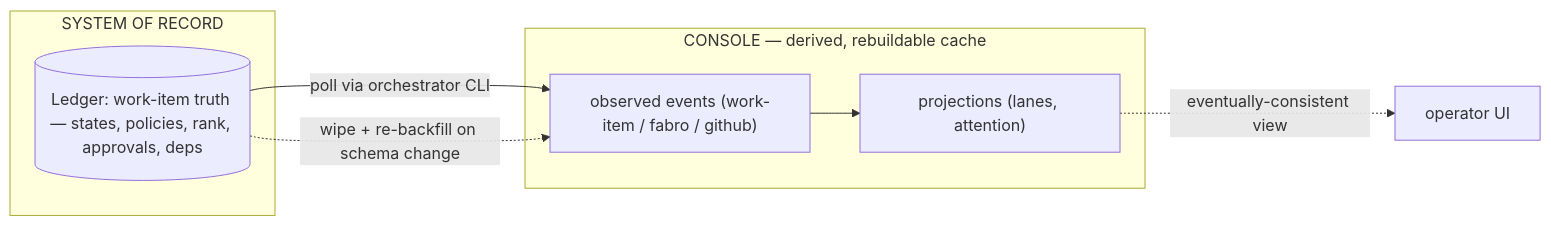
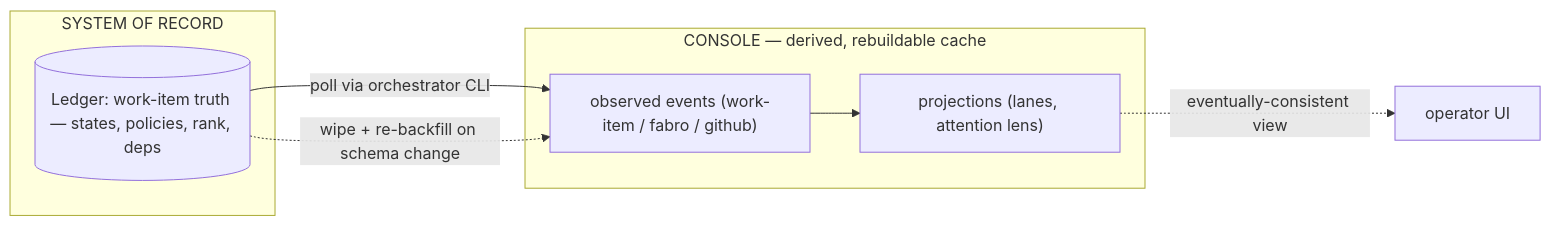
One commit to thewoolleyman/livespec changed the fourth of 4 diagrams in plan/work-item-state-machine/research/02-design.md. Above: the diagram before and after it, drawn with Mermaid. The commit also changed other lines of this file and 1 other file, not shown here.

````diff
--- a/plan/work-item-state-machine/research/02-design.md
+++ b/plan/work-item-state-machine/research/02-design.md
@@ -378,14 +531,14 @@
 ```mermaid
 flowchart LR
   subgraph SoR["SYSTEM OF RECORD"]
-    L[("Ledger: work-item truth — states, policies, rank, approvals, deps")]
+    L[("Ledger: work-item truth — states, policies, rank, deps")]
   end
   subgraph ConsoleES["CONSOLE — derived, rebuildable cache"]
     OBS["observed events (work-item / fabro / github)"]
-    PROJ2["projections (lanes, attention)"]
+    PROJ2["projections (lanes, attention lens)"]
     OBS --> PROJ2
   end
   L -->|"poll via orchestrator CLI"| OBS
   L -. "wipe + re-backfill on schema change" .-> OBS
   PROJ2 -. "eventually-consistent view" .-> UI2["operator UI"]
 ```
````
